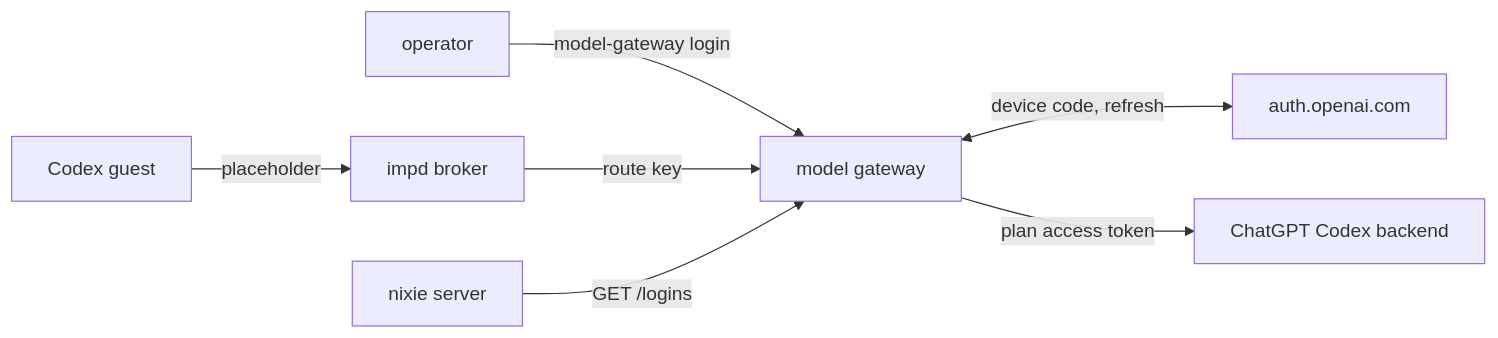
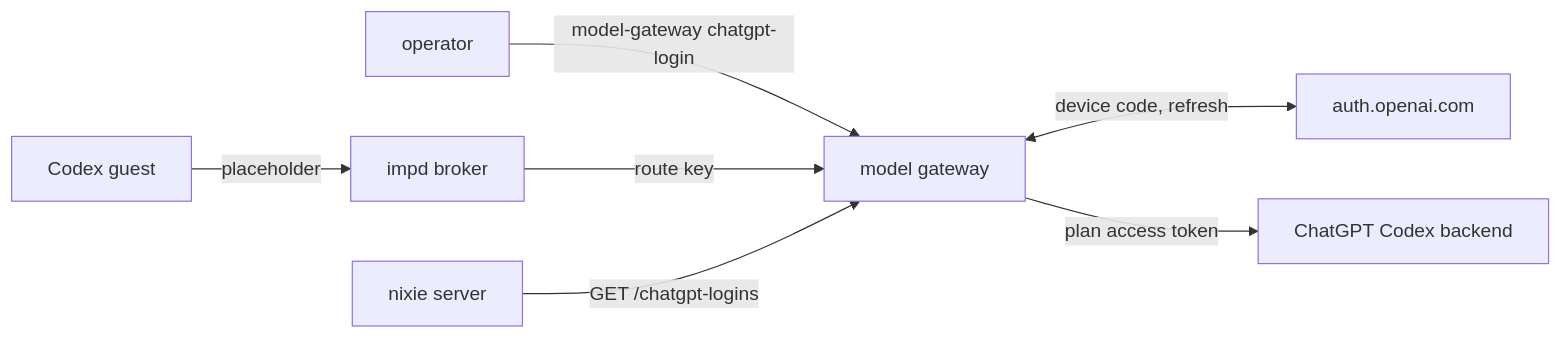
Before and after one commit to zgeoff/nixie: the diagram in docs/design/queue/plan-login-token.md, drawn with Mermaid. The commit also changed other lines of this file and 20 other files, not shown here.

````diff
--- a/docs/design/queue/plan-login-token.md
+++ b/docs/design/queue/plan-login-token.md
@@ -34,9 +35,9 @@
 ```mermaid
 flowchart LR
-  op[operator] -->|"model-gateway login"| gateway[model gateway]
+  op[operator] -->|"model-gateway chatgpt-login"| gateway[model gateway]
   gateway <-->|"device code, refresh"| auth[auth.openai.com]
   guest[Codex guest] -->|"placeholder"| broker[impd broker]
   broker -->|"route key"| gateway
   gateway -->|"plan access token"| backend[ChatGPT Codex backend]
-  server[nixie server] -->|"GET /logins"| gateway
+  server[nixie server] -->|"GET /chatgpt-logins"| gateway
 ```
````
